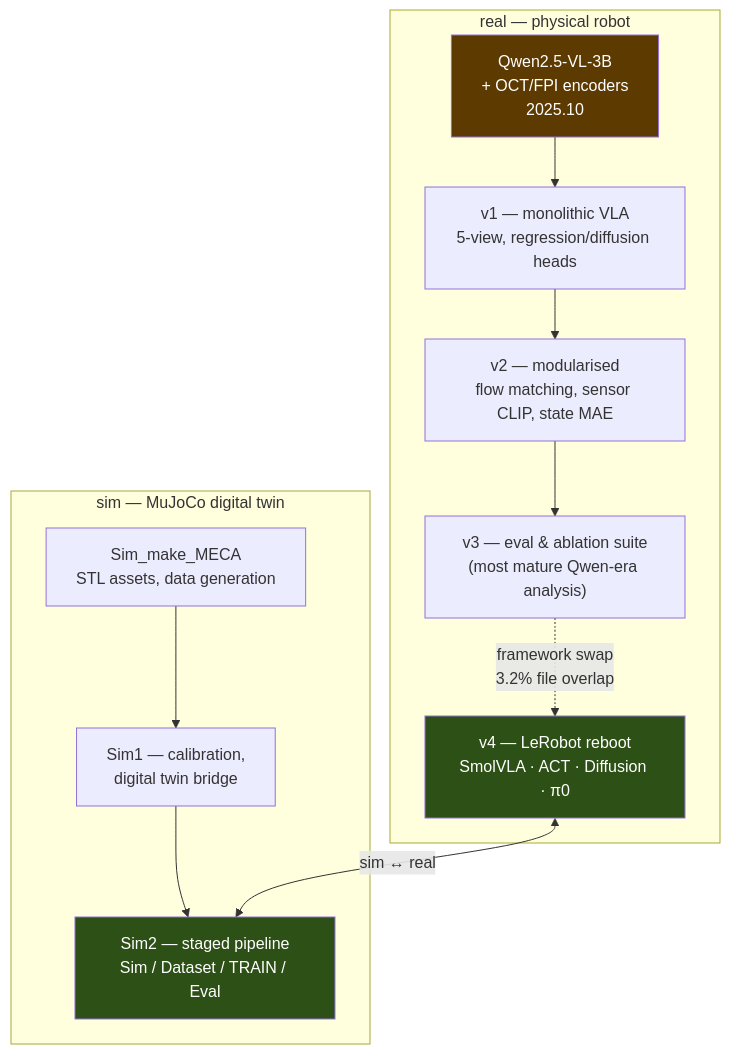
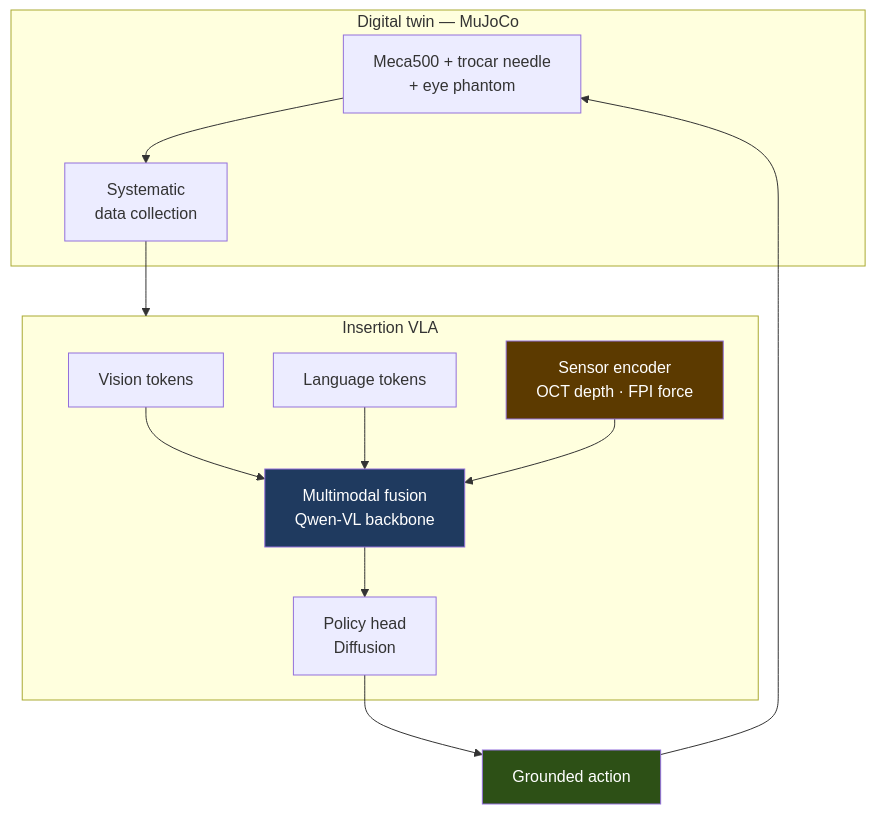
Before and after one commit to Najongs/Najongs: the second of 6 diagrams in PORTFOLIO.md, drawn with Mermaid. The commit also changed other lines of this file and 2 other files, not shown here.

````diff
--- a/PORTFOLIO.md
+++ b/PORTFOLIO.md
@@ -70,25 +64,22 @@
 ```mermaid
 flowchart TD
-    subgraph REAL["real — physical robot"]
-        Q["Qwen2.5-VL-3B<br/>+ OCT/FPI encoders<br/>2025.10"]
-        V1["v1 — monolithic VLA<br/>5-view, regression/diffusion heads"]
-        V2["v2 — modularised<br/>flow matching, sensor CLIP, state MAE"]
-        V3["v3 — eval &amp; ablation suite<br/>(most mature Qwen-era analysis)"]
-        V4["v4 — LeRobot reboot<br/>SmolVLA · ACT · Diffusion · π0"]
-        Q --> V1 --> V2 --> V3
-        V3 -.->|"framework swap<br/>3.2% file overlap"| V4
+    subgraph DT["Digital twin — MuJoCo"]
+        SIM["Meca500 + trocar needle<br/>+ eye phantom"]
+        SIM --> DATA["Systematic<br/>data collection"]
     end
 
-    subgraph SIM["sim — MuJoCo digital twin"]
-        S0["Sim_make_MECA<br/>STL assets, data generation"]
-        S1["Sim1 — calibration,<br/>digital twin bridge"]
-        S2["Sim2 — staged pipeline<br/>Sim / Dataset / TRAIN / Eval"]
-        S0 --> S1 --> S2
+    subgraph M["Insertion VLA"]
+        IMG["Vision tokens"] --> FUSE
+        TXT["Language tokens"] --> FUSE
+        SENS["Sensor encoder<br/>OCT depth · FPI force"] --> FUSE
+        FUSE["Multimodal fusion<br/>Qwen-VL backbone"] --> POL["Policy head<br/>Diffusion"]
     end
 
-    V4 <-->|"sim ↔ real"| S2
+    DATA --> M
+    POL --> ACT["Grounded action"]
+    ACT --> SIM
 
-    style V4 fill:#2d5016,color:#fff
-    style S2 fill:#2d5016,color:#fff
-    style Q fill:#5c3a00,color:#fff
+    style FUSE fill:#1f3a5f,color:#fff
+    style SENS fill:#5c3a00,color:#fff
+    style ACT fill:#2d5016,color:#fff
 ```
````
